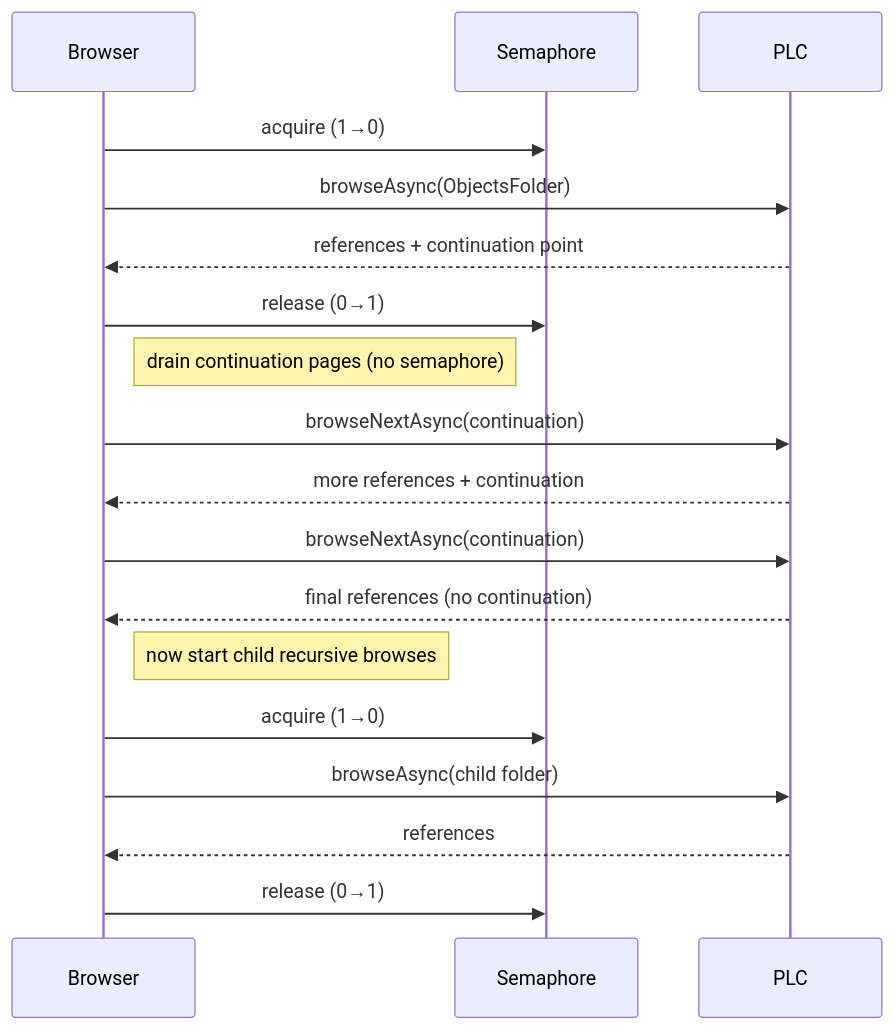
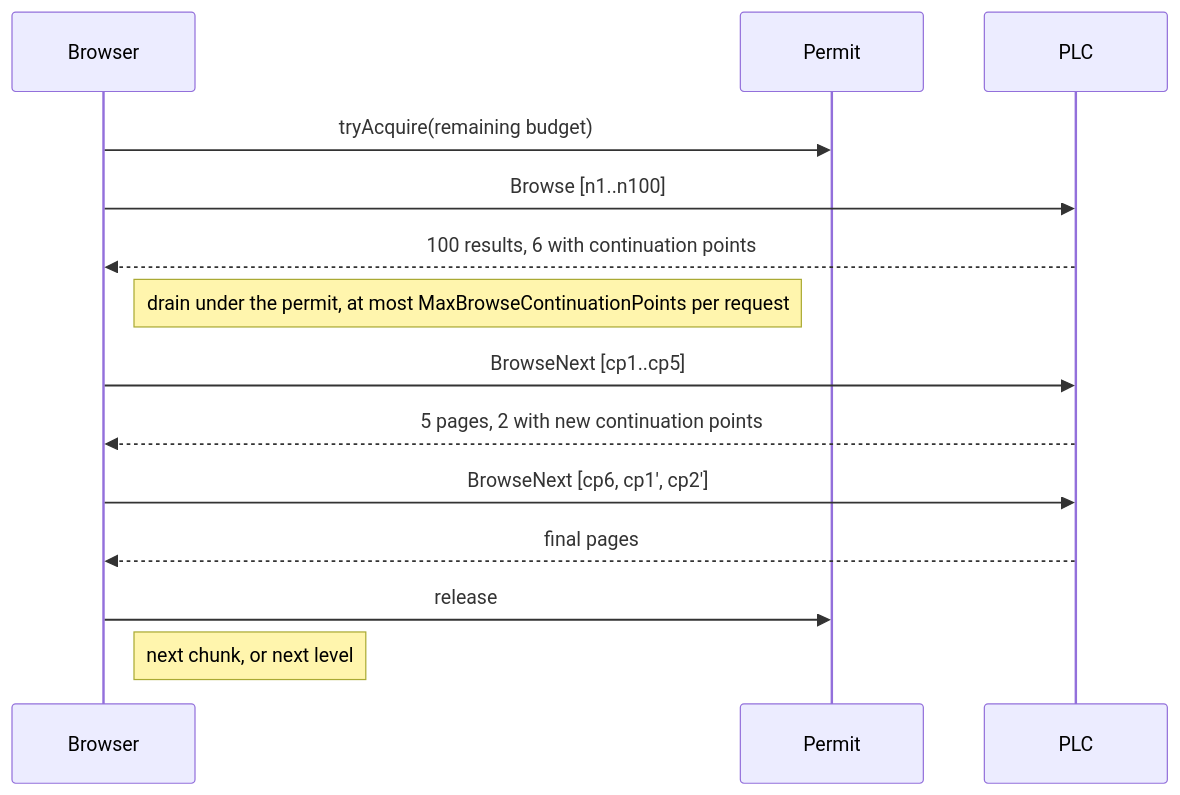
One commit to hivemq/hivemq-edge changed the third of 5 diagrams in modules/hivemq-edge-module-opcua/src/main/java/com/hivemq/edge/adapters/opcua/browse/OpcUaNodeBrowser.md. Above: the diagram before and after it, drawn with Mermaid. The commit also changed other lines of this file and 22 other files, not shown here.

First line of the commit message:
EDG-1034 Houston: size OPC UA reads/browses to the server's operation limits, browse Variable children (#1759)

````diff
--- a/modules/hivemq-edge-module-opcua/src/main/java/com/hivemq/edge/adapters/opcua/browse/OpcUaNodeBrowser.md
+++ b/modules/hivemq-edge-module-opcua/src/main/java/com/hivemq/edge/adapters/opcua/browse/OpcUaNodeBrowser.md
@@ -68,23 +125,17 @@
 ```mermaid
 sequenceDiagram
     participant Browser
-    participant Semaphore
+    participant Permit
     participant PLC
 
-    Browser->>Semaphore: acquire (1→0)
-    Browser->>PLC: browseAsync(ObjectsFolder)
-    PLC-->>Browser: references + continuation point
-    Browser->>Semaphore: release (0→1)
-
-    note right of Browser: drain continuation pages (no semaphore)
-    Browser->>PLC: browseNextAsync(continuation)
-    PLC-->>Browser: more references + continuation
-    Browser->>PLC: browseNextAsync(continuation)
-    PLC-->>Browser: final references (no continuation)
-
-    note right of Browser: now start child recursive browses
-    Browser->>Semaphore: acquire (1→0)
-    Browser->>PLC: browseAsync(child folder)
-    PLC-->>Browser: references
-    Browser->>Semaphore: release (0→1)
+    Browser->>Permit: tryAcquire(remaining budget)
+    Browser->>PLC: Browse [n1..n100]
+    PLC-->>Browser: 100 results, 6 with continuation points
+    note right of Browser: drain under the permit, at most MaxBrowseContinuationPoints per request
+    Browser->>PLC: BrowseNext [cp1..cp5]
+    PLC-->>Browser: 5 pages, 2 with new continuation points
+    Browser->>PLC: BrowseNext [cp6, cp1', cp2']
+    PLC-->>Browser: final pages
+    Browser->>Permit: release
+    note right of Browser: next chunk, or next level
 ```
````
